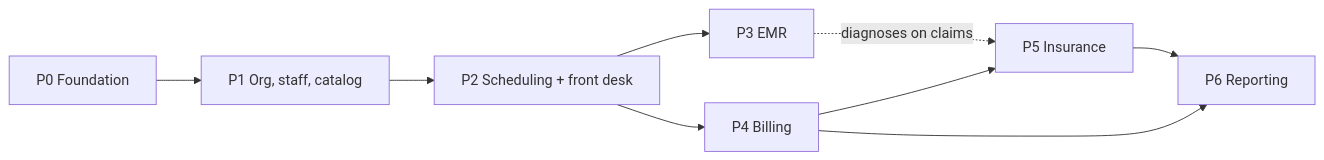
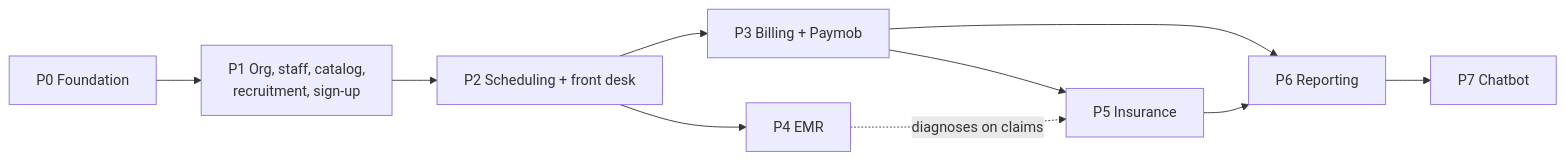
One commit to S3d0o/ClinicFlow-Backend changed the diagram in docs/v2/10_ROADMAP.md. Above: the diagram before and after it, drawn with Mermaid. The commit also changed other lines of this file and 16 other files, not shown here.

````diff
--- a/docs/v2/10_ROADMAP.md
+++ b/docs/v2/10_ROADMAP.md
@@ -101,11 +122,12 @@
 ```mermaid
 flowchart LR
-    P0[P0 Foundation] --> P1[P1 Org, staff, catalog]
+    P0[P0 Foundation] --> P1[P1 Org, staff, catalog,<br/>recruitment, sign-up]
     P1 --> P2[P2 Scheduling + front desk]
-    P2 --> P3[P3 EMR]
-    P2 --> P4[P4 Billing]
-    P3 -. diagnoses on claims .-> P5[P5 Insurance]
-    P4 --> P5
-    P4 --> P6[P6 Reporting]
+    P2 --> P3[P3 Billing + Paymob]
+    P2 --> P4[P4 EMR]
+    P3 --> P5[P5 Insurance]
+    P4 -. diagnoses on claims .-> P5
+    P3 --> P6[P6 Reporting]
     P5 --> P6
+    P6 --> P7[P7 Chatbot]
 ```
````
